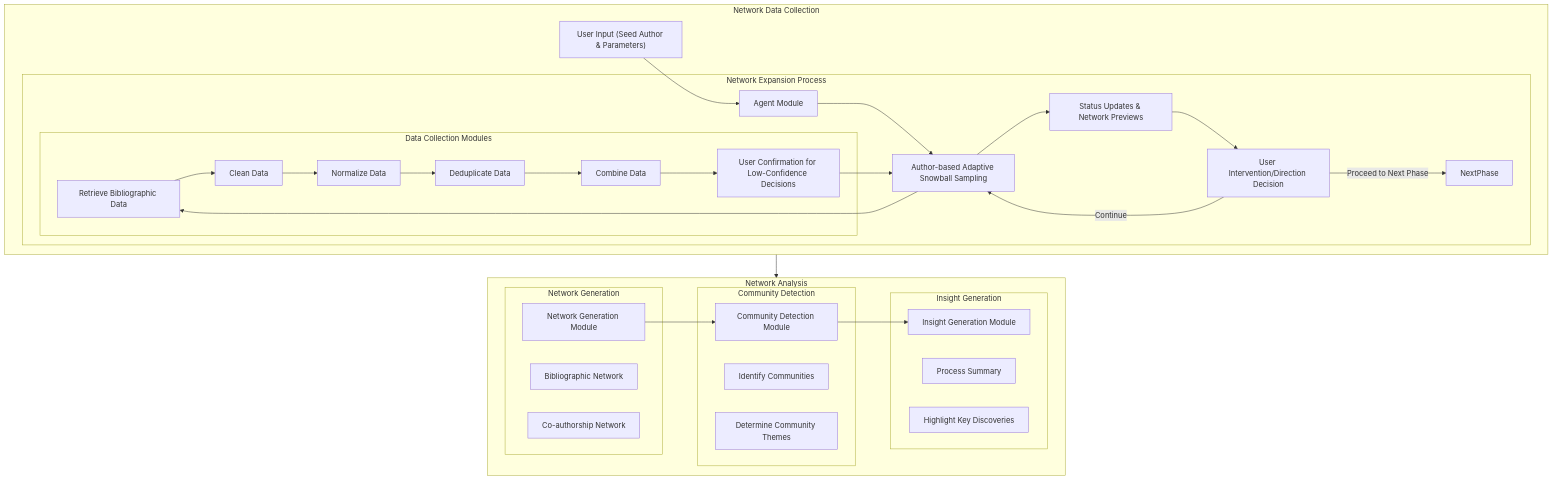
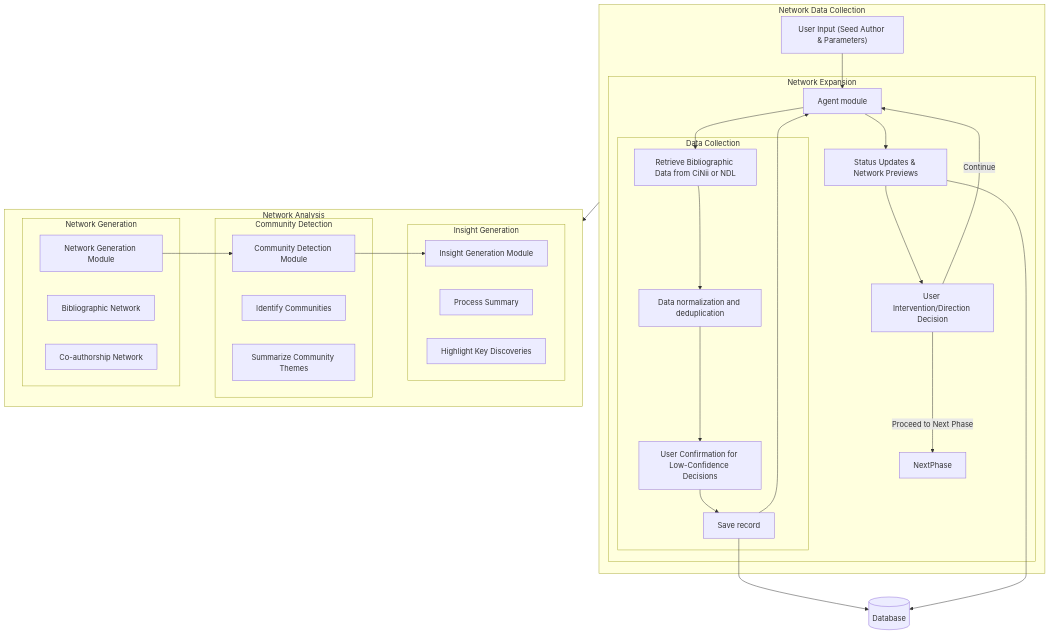
The diagram in Readme.md (foxal/biblio_explorer), drawn with Mermaid before and after one commit. The commit also changed 6 other files, not shown here.

````diff
--- a/Readme.md
+++ b/Readme.md
@@ -30,54 +30,54 @@
 ```mermaid
 flowchart TD
     subgraph sg1["Network Data Collection"]
         A1["User Input (Seed Author & Parameters)"]
 	
-        subgraph "Network Expansion Process"
-	        A3["Agent Module"]
-            A3 --> A4["Author-based Adaptive Snowball Sampling"]
+        subgraph "Network Expansion"
+            A4["Agent module"]
             A4 --> A5["Status Updates & Network Previews"]
             A5 --> A6["User Intervention/Direction Decision"]
             A6 -->|Continue| A4
             A6 -->|Proceed to Next Phase| NextPhase
             
-            subgraph "Data Collection Modules"
-                B1["Retrieve Bibliographic Data"]
-                B1 --> B2["Clean Data"]
-                B2 --> B3["Normalize Data"]
-                B3 --> B4["Deduplicate Data"]
-                B4 --> B5["Combine Data"]
-                B5 --> B6["User Confirmation for Low-Confidence Decisions"]
+            subgraph "Data Collection"
+                B1["Retrieve Bibliographic Data from CiNii or NDL"]
+                B1 --> B2["Data normalization and deduplication"]
+                B2 --> B6["User Confirmation for Low-Confidence Decisions"]
+                B6 --> B7["Save record"]
             end
         end
-        A1 --> A3
+        A1 --> A4
         A4 --> B1
-        B6 --> A4
+        B7 --> A4
     end
 
     sg1 --> sg2
 
     subgraph sg2["Network Analysis"]
        
         subgraph "Network Generation"
 			C["Network Generation Module"]
             C1["Bibliographic Network"]
             C2["Co-authorship Network"]
         end
         
         subgraph "Community Detection"
             D["Community Detection Module"]
             D1["Identify Communities"]
-            D2["Determine Community Themes"]
+            D2["Summarize Community Themes"]
         end
         
         C --> D
         
         subgraph "Insight Generation"
             E["Insight Generation Module"]
             E1["Process Summary"]
             E2["Highlight Key Discoveries"]
         end
         D --> E
 
     end
+	  n1@{ shape: "cyl", label: "Database" }
+    B7 --> n1
+    A5 --> n1
 ```
````
